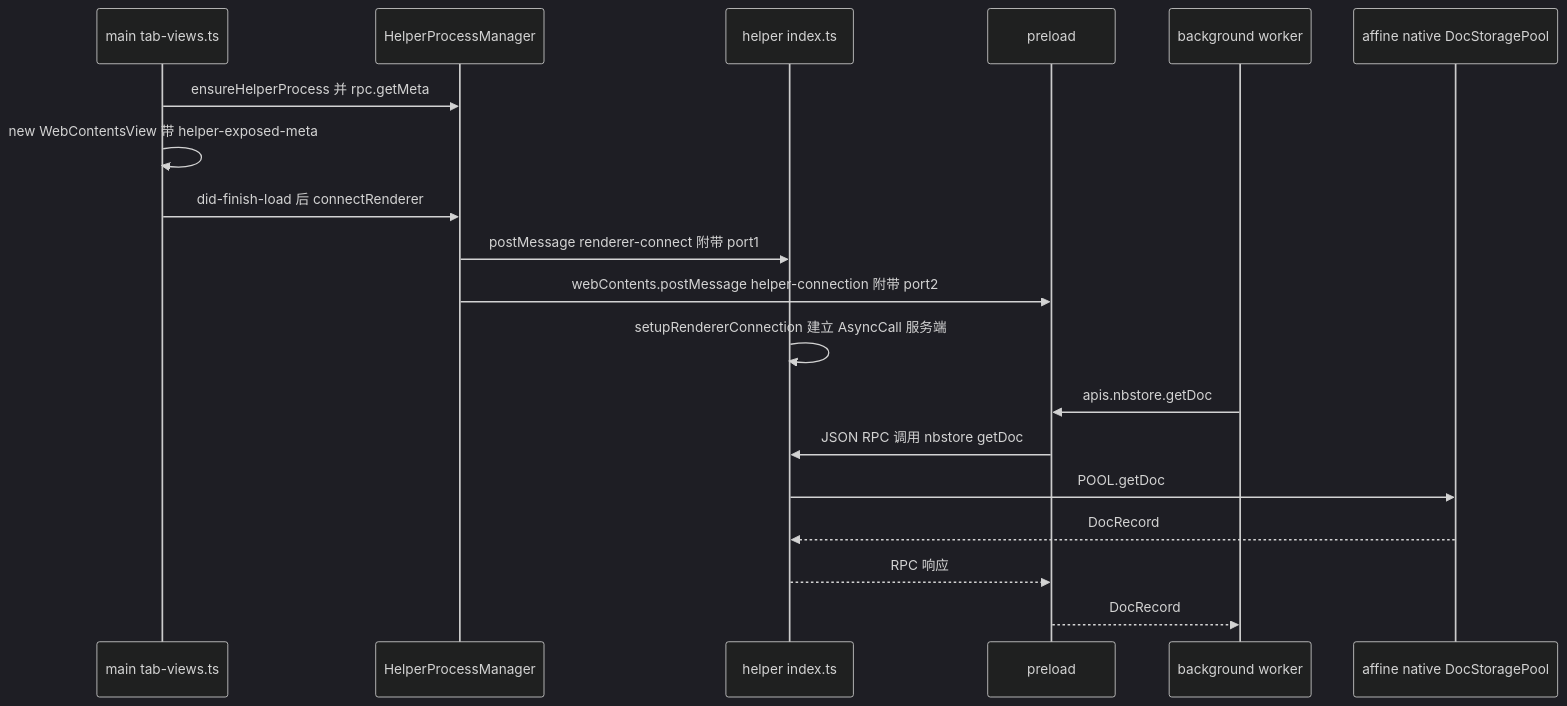
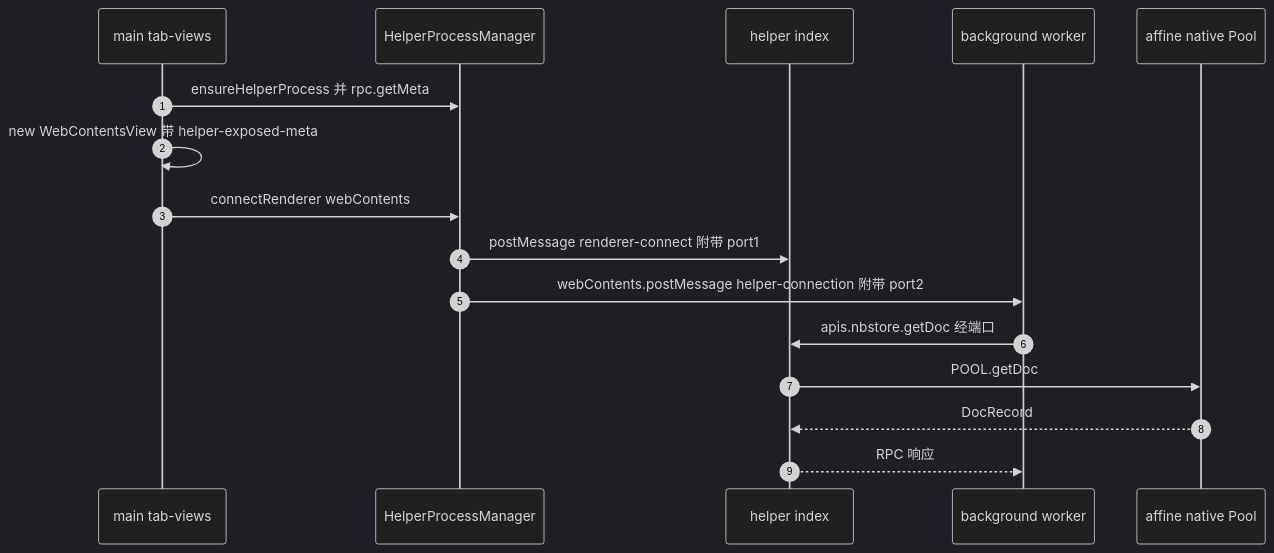
One commit to lfire/AFFiNE changed the fourth of 6 diagrams in learning-guide/slides/decks/20.md. Above: the diagram before and after it, drawn with Mermaid (dark theme). The commit also changed other lines of this file and 46 other files, not shown here.

````diff
--- a/learning-guide/slides/decks/20.md
+++ b/learning-guide/slides/decks/20.md
@@ -287,21 +232,18 @@
 ```mermaid
 sequenceDiagram
-  participant Main as main tab-views.ts
+  autonumber
+  participant Main as main tab-views
   participant HPM as HelperProcessManager
-  participant Helper as helper index.ts
-  participant PL as preload
+  participant Helper as helper index
   participant BW as background worker
-  participant Native as affine native DocStoragePool
+  participant Native as affine native Pool
   Main->>HPM: ensureHelperProcess 并 rpc.getMeta
   Main->>Main: new WebContentsView 带 helper-exposed-meta
-  Main->>HPM: did-finish-load 后 connectRenderer
+  Main->>HPM: connectRenderer webContents
   HPM->>Helper: postMessage renderer-connect 附带 port1
-  HPM->>PL: webContents.postMessage helper-connection 附带 port2
-  Helper->>Helper: setupRendererConnection 建立 AsyncCall 服务端
-  BW->>PL: apis.nbstore.getDoc
-  PL->>Helper: JSON RPC 调用 nbstore getDoc
+  HPM->>BW: webContents.postMessage helper-connection 附带 port2
+  BW->>Helper: apis.nbstore.getDoc 经端口
   Helper->>Native: POOL.getDoc
   Native-->>Helper: DocRecord
-  Helper-->>PL: RPC 响应
-  PL-->>BW: DocRecord
+  Helper-->>BW: RPC 响应
 ```
````
